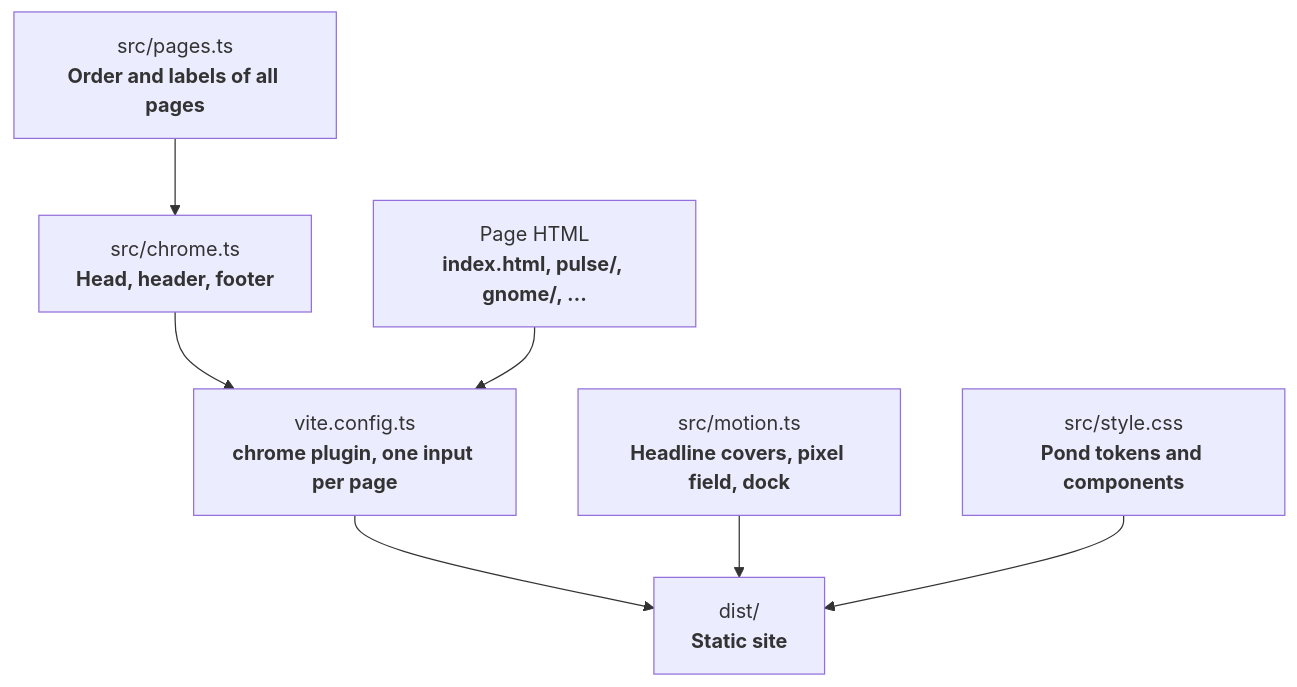
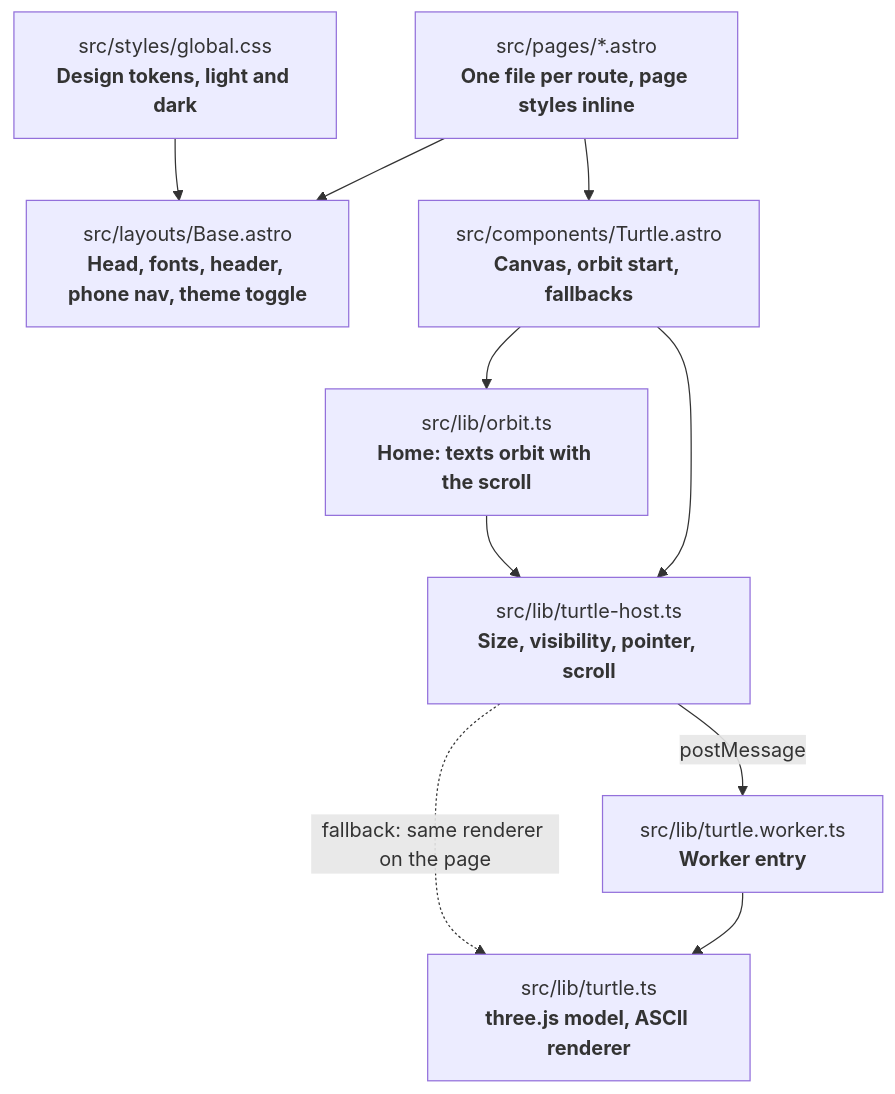
One commit to tomsliikee/toms.portfolio changed the diagram in README.md. Above: the diagram before and after it, drawn with Mermaid. The commit also changed other lines of this file and 36 other files, not shown here.

````diff
--- a/README.md
+++ b/README.md
@@ -24,17 +20,21 @@
 ```mermaid
 flowchart TD
-    Pages["Page HTML<br/><b>index.html, pulse/, gnome/, …</b>"]
-    List["src/pages.ts<br/><b>Order and labels of all pages</b>"]
-    Chrome["src/chrome.ts<br/><b>Head, header, footer</b>"]
-    Plugin["vite.config.ts<br/><b>chrome plugin, one input per page</b>"]
-    Motion["src/motion.ts<br/><b>Headline covers, pixel field, dock</b>"]
-    Style["src/style.css<br/><b>Pond tokens and components</b>"]
-    Dist["dist/<br/><b>Static site</b>"]
+    Pages["src/pages/*.astro<br/><b>One file per route, page styles inline</b>"]
+    Base["src/layouts/Base.astro<br/><b>Head, fonts, header, phone nav, theme toggle</b>"]
+    Tokens["src/styles/global.css<br/><b>Design tokens, light and dark</b>"]
+    TurtleC["src/components/Turtle.astro<br/><b>Canvas, orbit start, fallbacks</b>"]
+    Orbit["src/lib/orbit.ts<br/><b>Home: texts orbit with the scroll</b>"]
+    Host["src/lib/turtle-host.ts<br/><b>Size, visibility, pointer, scroll</b>"]
+    Worker["src/lib/turtle.worker.ts<br/><b>Worker entry</b>"]
+    Turtle["src/lib/turtle.ts<br/><b>three.js model, ASCII renderer</b>"]
 
-    List --> Chrome
-    Chrome --> Plugin
-    Pages --> Plugin
-    Plugin --> Dist
-    Motion --> Dist
-    Style --> Dist
+    Pages --> Base
+    Tokens --> Base
+    Pages --> TurtleC
+    TurtleC --> Orbit
+    TurtleC --> Host
+    Orbit --> Host
+    Host -- "postMessage" --> Worker
+    Worker --> Turtle
+    Host -. "fallback: same renderer on the page" .-> Turtle
 ```
````
